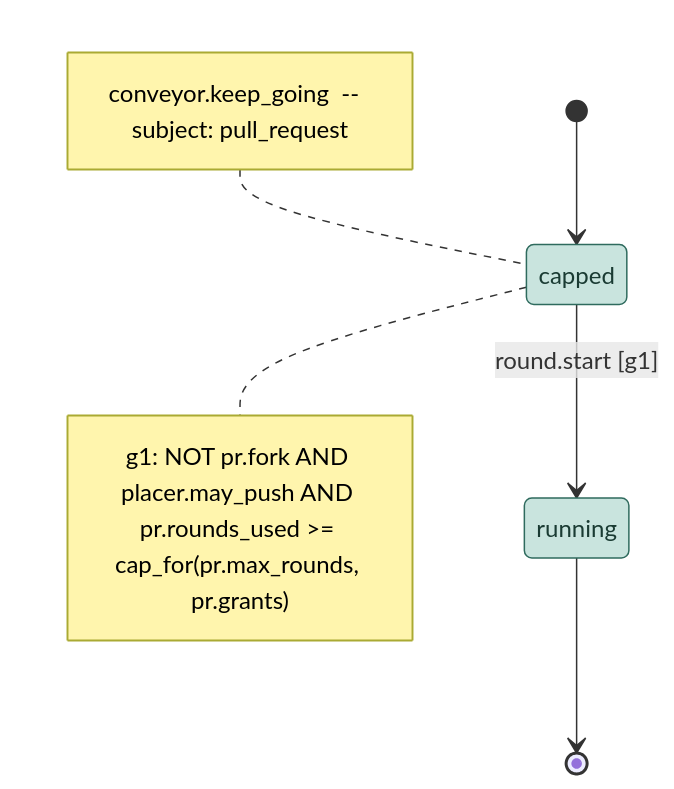
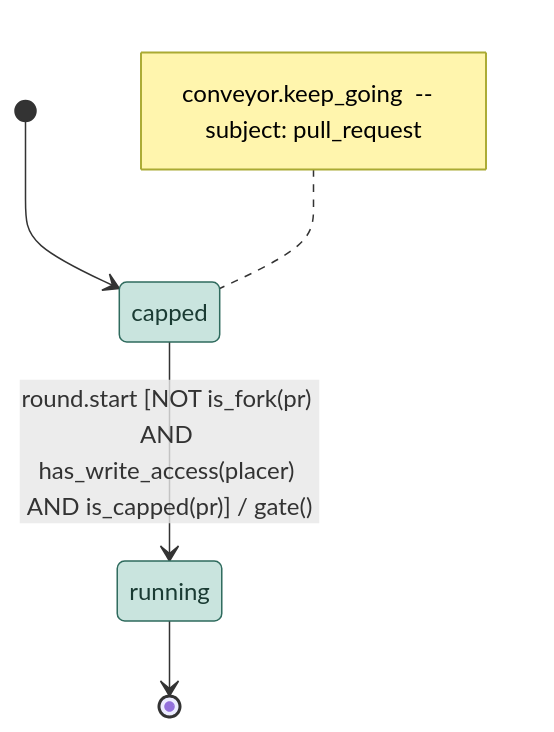
The diagram in .github/conveyor-model/mermaid/conveyor_keep_going.mmd (kostiantyn-matsebora/agent-ops-operator), drawn with Mermaid before and after one commit. The commit also changed 9 other files, not shown here.

```diff
--- a/.github/conveyor-model/mermaid/conveyor_keep_going.mmd
+++ b/.github/conveyor-model/mermaid/conveyor_keep_going.mmd
@@ -1,15 +1,12 @@
 stateDiagram-v2
     [*] --> capped
     note left of capped
         conveyor.keep_going  --  subject: pull_request
     end note
     classDef stationState fill:#e8d5b5,stroke:#8a6d3b,color:#4a3b1f
     classDef loopState fill:#c9e4de,stroke:#2f6b5e,color:#1a3b33
     state capped
     state running
-    capped --> running : round.start [g1]
+    capped --> running : round.start [NOT is_fork(pr) AND has_write_access(placer) AND is_capped(pr)] / gate()
     running --> [*]
     class capped, running loopState
-    note right of capped
-        g1: NOT pr.fork AND placer.may_push AND pr.rounds_used >= cap_for(pr.max_rounds, pr.grants)
-    end note
```
